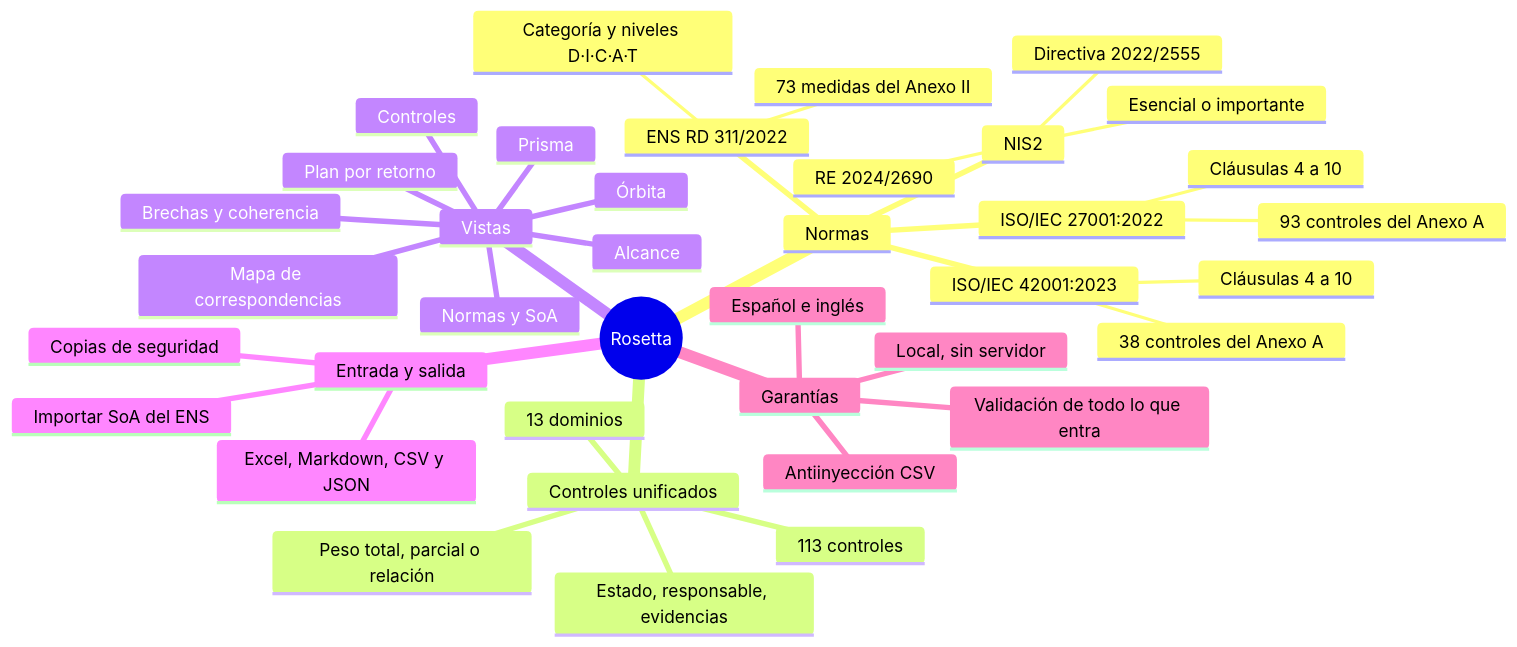
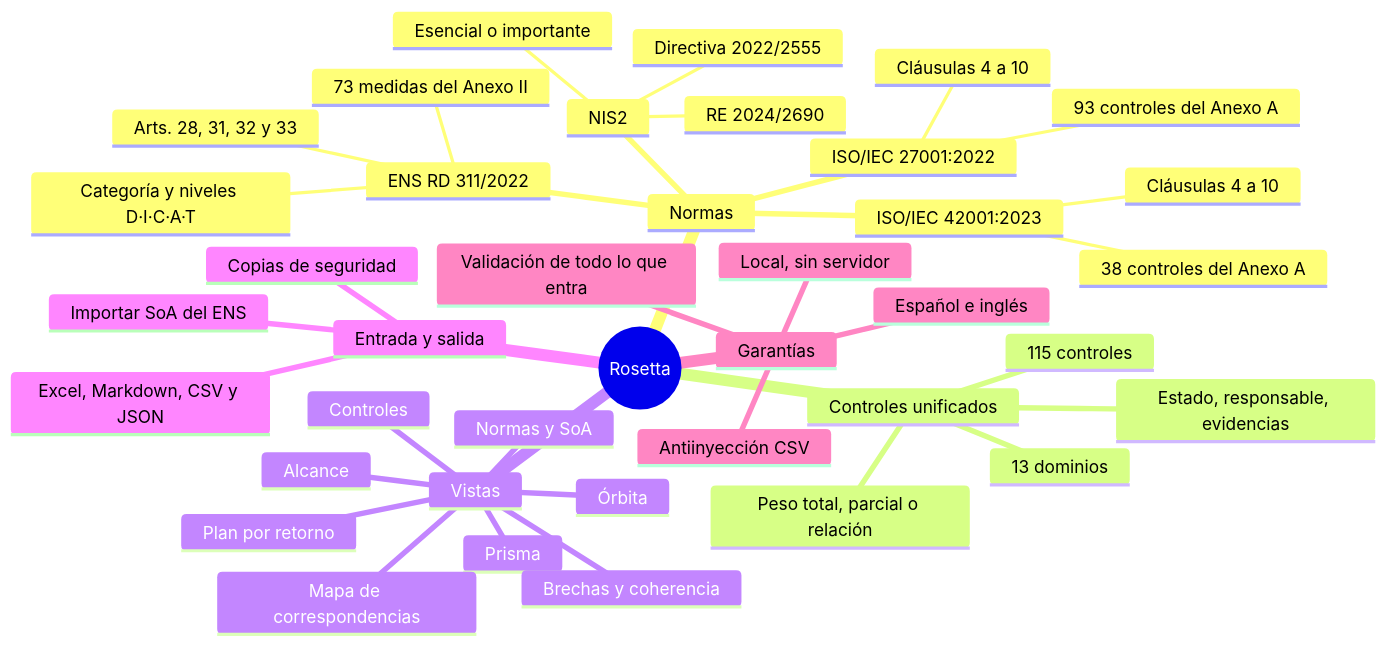
Before and after one commit to heindall92/rosetta_multinorma: the first of 2 diagrams in README.md, drawn with Mermaid. The commit also changed other lines of this file and 11 other files, not shown here.

````diff
--- a/README.md
+++ b/README.md
@@ -58,41 +58,42 @@
 ```mermaid
 mindmap
   root((Rosetta))
     Normas
       ENS RD 311/2022
         73 medidas del Anexo II
+        Arts. 28, 31, 32 y 33
         Categoría y niveles D·I·C·A·T
       ISO/IEC 27001:2022
         Cláusulas 4 a 10
         93 controles del Anexo A
       NIS2
         Directiva 2022/2555
         RE 2024/2690
         Esencial o importante
       ISO/IEC 42001:2023
         Cláusulas 4 a 10
         38 controles del Anexo A
     Controles unificados
-      113 controles
+      115 controles
       13 dominios
       Estado, responsable, evidencias
       Peso total, parcial o relación
     Vistas
       Órbita
       Prisma
       Controles
       Normas y SoA
       Brechas y coherencia
       Plan por retorno
       Mapa de correspondencias
       Alcance
     Entrada y salida
       Importar SoA del ENS
       Excel, Markdown, CSV y JSON
       Copias de seguridad
     Garantías
       Local, sin servidor
       Validación de todo lo que entra
       Antiinyección CSV
       Español e inglés
 ```
````
